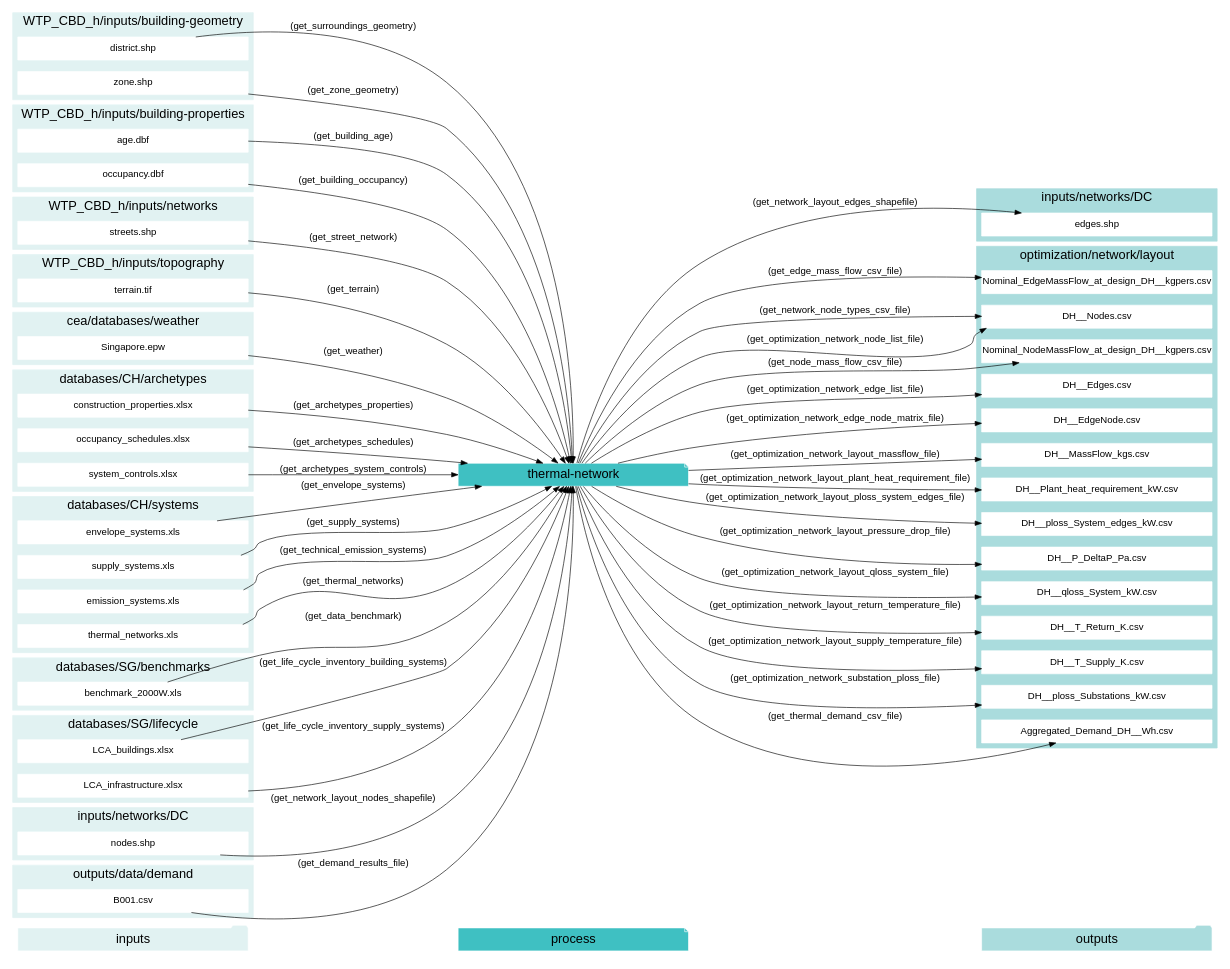
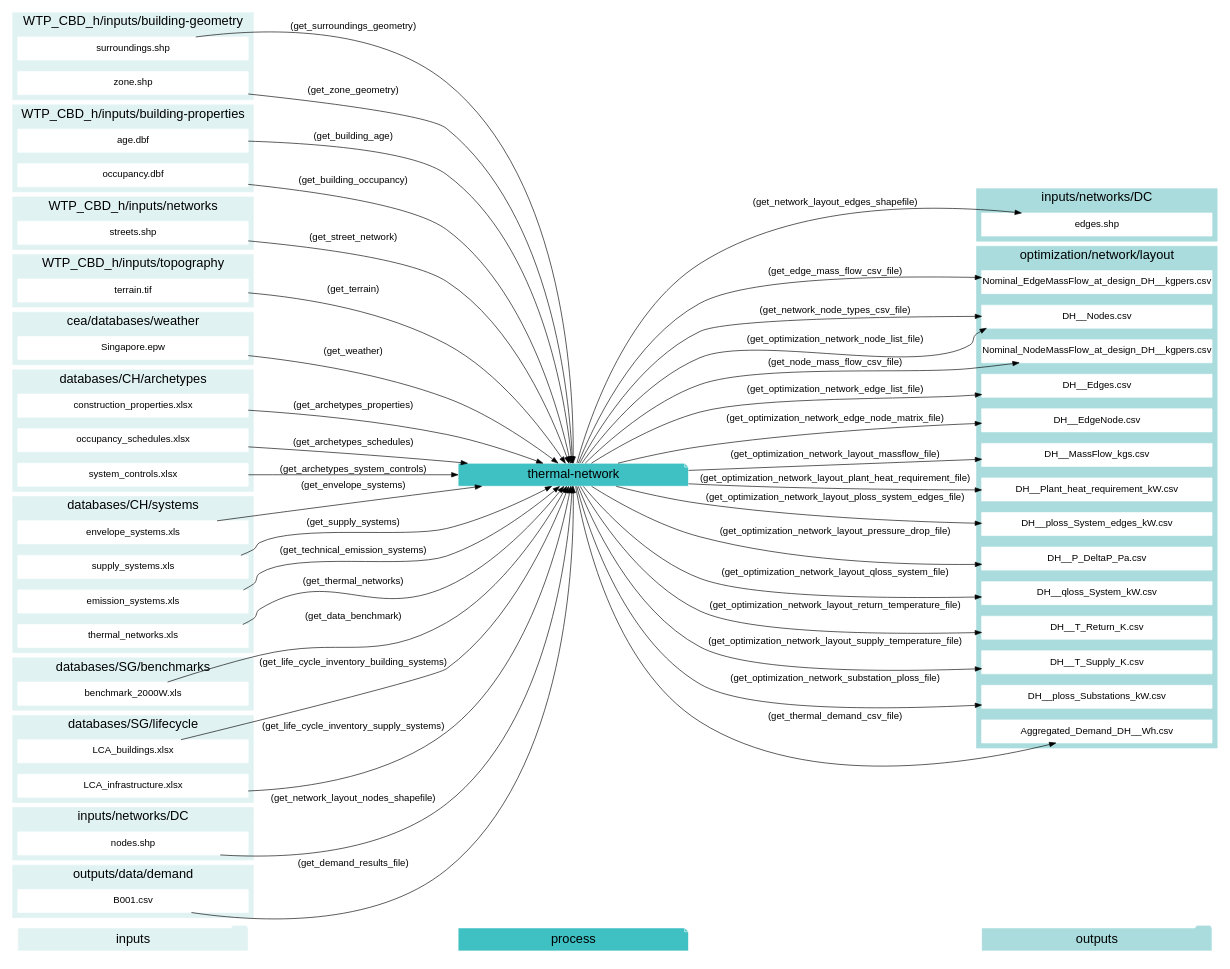
One commit to architecture-building-systems/CityEnergyAnalyst changed the seventh of 12 diagrams in docs/script-data-flow.rst. Above: the diagram before and after it, drawn with Graphviz. The commit also changed other lines of this file and 41 other files, not shown here.

Commit message:
renaming district to surroundings

```diff
--- a/docs/script-data-flow.rst
+++ b/docs/script-data-flow.rst
@@ -862,7 +862,7 @@
         fontsize = 20;
         rank=same;
         label="WTP_CBD_h/inputs/building-geometry";
-        "district.shp"
+        "surroundings.shp"
         "zone.shp"
     }
     subgraph cluster_1_in {
@@ -989,7 +989,7 @@
     "occupancy.dbf" -> "thermal-network"[label="(get_building_occupancy)"]
     "benchmark_2000W.xls" -> "thermal-network"[label="(get_data_benchmark)"]
     "B001.csv" -> "thermal-network"[label="(get_demand_results_file)"]
-    "district.shp" -> "thermal-network"[label="(get_surroundings_geometry)"]
+    "surroundings.shp" -> "thermal-network"[label="(get_surroundings_geometry)"]
     "envelope_systems.xls" -> "thermal-network"[label="(get_envelope_systems)"]
     "LCA_buildings.xlsx" -> "thermal-network"[label="(get_life_cycle_inventory_building_systems)"]
     "LCA_infrastructure.xlsx" -> "thermal-network"[label="(get_life_cycle_inventory_supply_systems)"]
```
